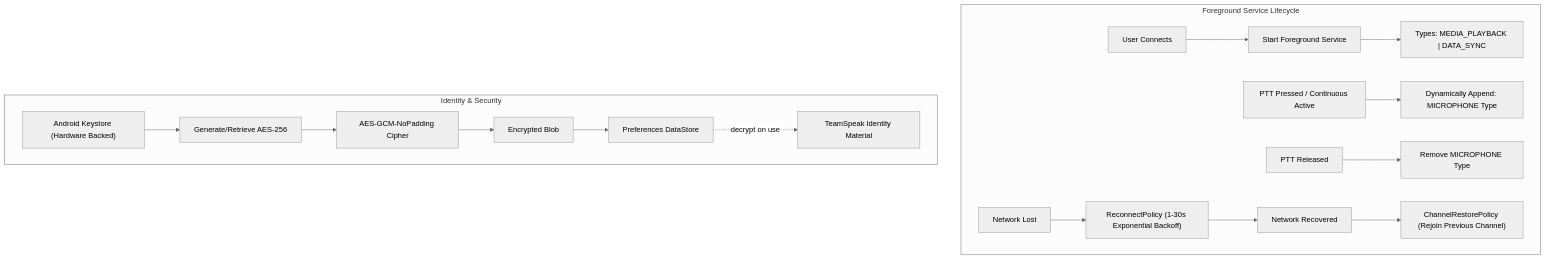
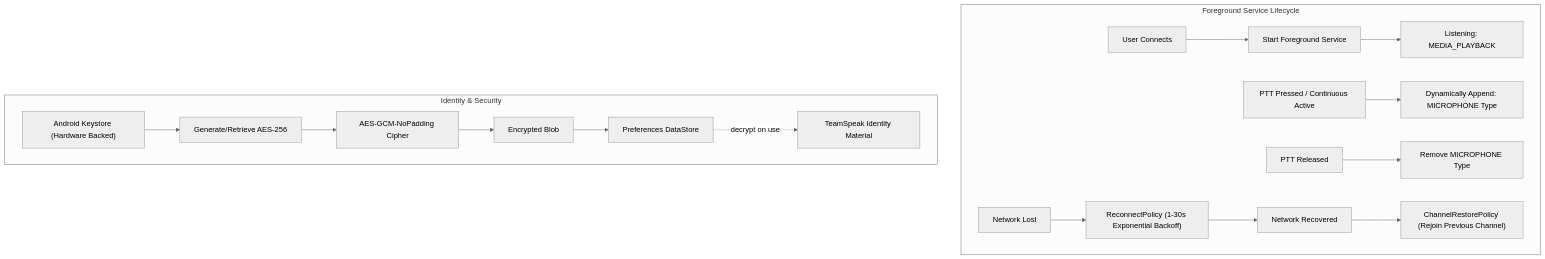
The diagram in docs/images/04_lifecycle_security.mmd (monet4070/ts3-mobile), drawn with Mermaid (neutral theme) before and after one commit. The commit also changed 57 other files, not shown here.

```diff
--- a/docs/images/04_lifecycle_security.mmd
+++ b/docs/images/04_lifecycle_security.mmd
@@ -1,29 +1,29 @@
 flowchart TB
     subgraph FSLifecycle["Foreground Service Lifecycle"]
         Connect["User Connects"]
         FS["Start Foreground Service"]
-        Types["Types: MEDIA_PLAYBACK | DATA_SYNC"]
+        Types["Listening: MEDIA_PLAYBACK"]
         PTTPress["PTT Pressed / Continuous Active"]
         AddMic["Dynamically Append: MICROPHONE Type"]
         PTTRelease["PTT Released"]
         RemoveMic["Remove MICROPHONE Type"]
         NetDrop["Network Lost"]
         RecLoop["ReconnectPolicy (1-30s Exponential Backoff)"]
         NetBack["Network Recovered"]
         Rejoin["ChannelRestorePolicy (Rejoin Previous Channel)"]
         Connect --> FS --> Types
         PTTPress --> AddMic
         PTTRelease --> RemoveMic
         NetDrop --> RecLoop --> NetBack --> Rejoin
     end
 
     subgraph Identity["Identity & Security"]
         Keystore["Android Keystore (Hardware Backed)"]
         AES["AES-GCM-NoPadding Cipher"]
         PrivKey["Generate/Retrieve AES-256"]
         EncBlob["Encrypted Blob"]
         IdentityMat["TeamSpeak Identity Material"]
         DataStore["Preferences DataStore"]
         Keystore --> PrivKey --> AES --> EncBlob --> DataStore
         DataStore -.->|"decrypt on use"| IdentityMat
     end
```
